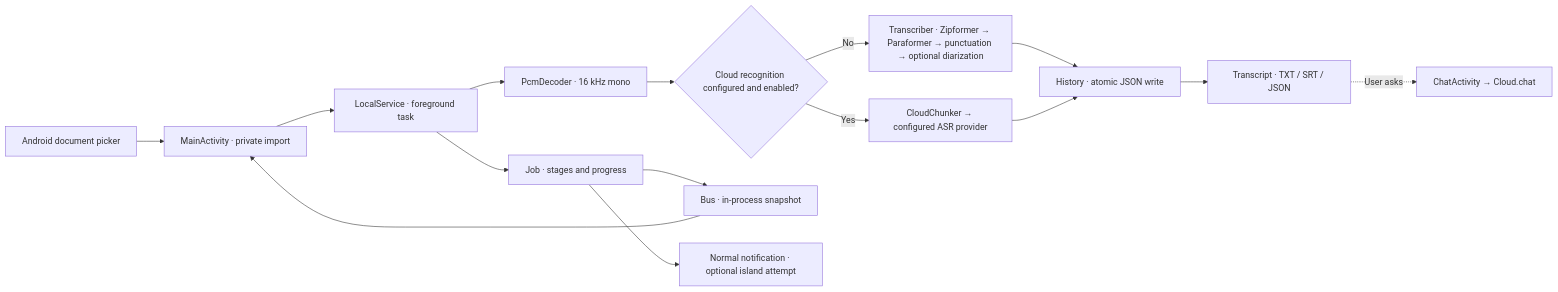
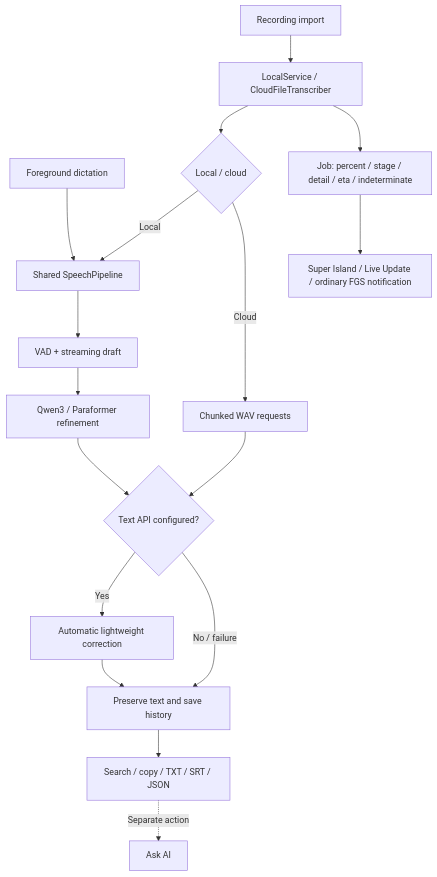
The diagram in README.en.md (zy839971925-zyy/tingxiejian-android), drawn with Mermaid before and after one commit. The commit also changed other lines of this file and 270 other files, not shown here.

Commit message:
Complete local ASR, live progress and UI upgrades for 1.0.4 preview

````diff
--- a/README.en.md
+++ b/README.en.md
@@ -152,17 +106,19 @@
 ```mermaid
-flowchart LR
-    Picker[Android document picker] --> Main[MainActivity · private import]
-    Main --> Service[LocalService · foreground task]
-    Service --> Decoder[PcmDecoder · 16 kHz mono]
-    Decoder --> Branch{Cloud recognition configured and enabled?}
-    Branch -->|No| Local[Transcriber · Zipformer → Paraformer → punctuation → optional diarization]
-    Branch -->|Yes| Remote[CloudChunker → configured ASR provider]
-    Local --> Saved[History · atomic JSON write]
-    Remote --> Saved
-    Service --> Job[Job · stages and progress]
-    Job --> Bus[Bus · in-process snapshot]
-    Job --> Notice[Normal notification · optional island attempt]
-    Saved --> Result[Transcript · TXT / SRT / JSON]
-    Bus --> Main
-    Result -.User asks.-> Chat[ChatActivity → Cloud.chat]
+flowchart TD
+    File[Recording import] --> FGS[LocalService / CloudFileTranscriber]
+    Mic[Foreground dictation] --> ASR[Shared SpeechPipeline]
+    FGS --> Mode{Local / cloud}
+    Mode -->|Local| ASR
+    Mode -->|Cloud| Remote[Chunked WAV requests]
+    ASR --> Streaming[VAD + streaming draft]
+    Streaming --> Final[Qwen3 / Paraformer refinement]
+    Final --> Polish{Text API configured?}
+    Remote --> Polish
+    Polish -->|Yes| LLM[Automatic lightweight correction]
+    Polish -->|No / failure| History[Preserve text and save history]
+    LLM --> History
+    History --> Output[Search / copy / TXT / SRT / JSON]
+    Output -.Separate action.-> Chat[Ask AI]
+    FGS --> Job[Job: percent / stage / detail / eta / indeterminate]
+    Job --> Notice[Super Island / Live Update / ordinary FGS notification]
 ```
````
